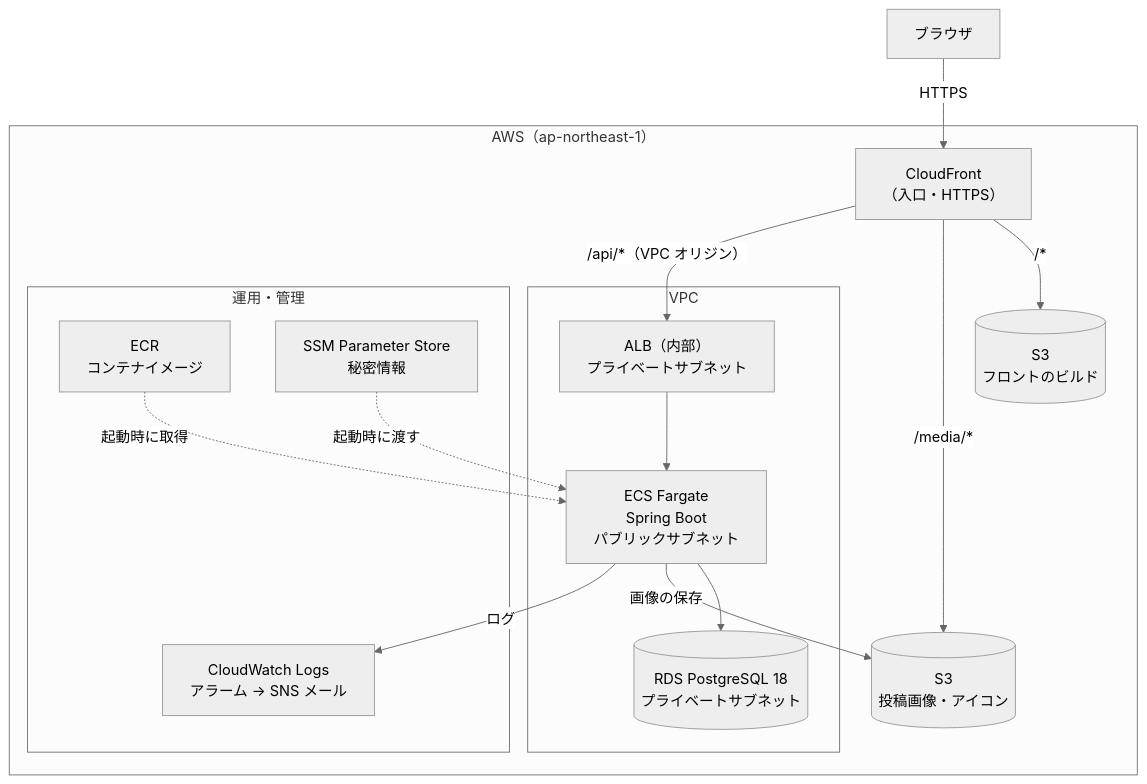
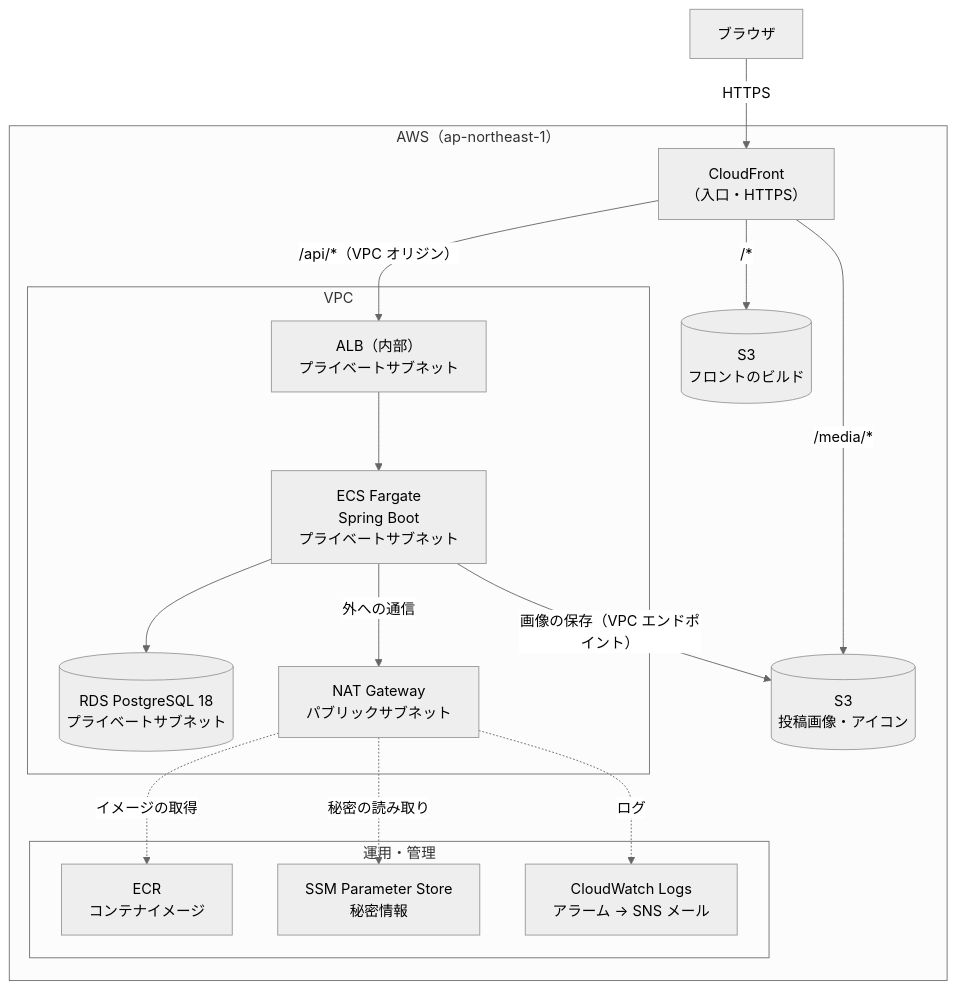
Before and after one commit to 626kouga-code/timeline-sns: the diagram in docs/12_aws-architecture.md, drawn with Mermaid (neutral theme). The commit also changed other lines of this file and 6 other files, not shown here.

First line of the commit message:
docs: AWS を NAT Gateway の構成にし、作って確認したら消す使い方にする

````diff
--- a/docs/12_aws-architecture.md
+++ b/docs/12_aws-architecture.md
@@ -12,27 +14,28 @@
 ```mermaid
 flowchart TB
     user["ブラウザ"] -- HTTPS --> cf["CloudFront<br/>（入口・HTTPS）"]
 
     subgraph aws["AWS（ap-northeast-1）"]
         cf -- "/*" --> s3web[("S3<br/>フロントのビルド")]
         cf -- "/media/*" --> s3media[("S3<br/>投稿画像・アイコン")]
         cf -- "/api/*（VPC オリジン）" --> alb
 
         subgraph vpc["VPC"]
-            alb["ALB（内部）<br/>プライベートサブネット"] --> task["ECS Fargate<br/>Spring Boot<br/>パブリックサブネット"]
+            alb["ALB（内部）<br/>プライベートサブネット"] --> task["ECS Fargate<br/>Spring Boot<br/>プライベートサブネット"]
             task --> rds[("RDS PostgreSQL 18<br/>プライベートサブネット")]
+            task -- "外への通信" --> nat["NAT Gateway<br/>パブリックサブネット"]
         end
 
-        task -- 画像の保存 --> s3media
+        task -- "画像の保存（VPC エンドポイント）" --> s3media
 
         subgraph ops["運用・管理"]
             ecr["ECR<br/>コンテナイメージ"]
             ssm["SSM Parameter Store<br/>秘密情報"]
             logs["CloudWatch Logs<br/>アラーム → SNS メール"]
         end
 
-        ecr -. 起動時に取得 .-> task
-        ssm -. 起動時に渡す .-> task
-        task -- ログ --> logs
+        nat -. イメージの取得 .-> ecr
+        nat -. 秘密の読み取り .-> ssm
+        nat -. ログ .-> logs
     end
 ```
````
